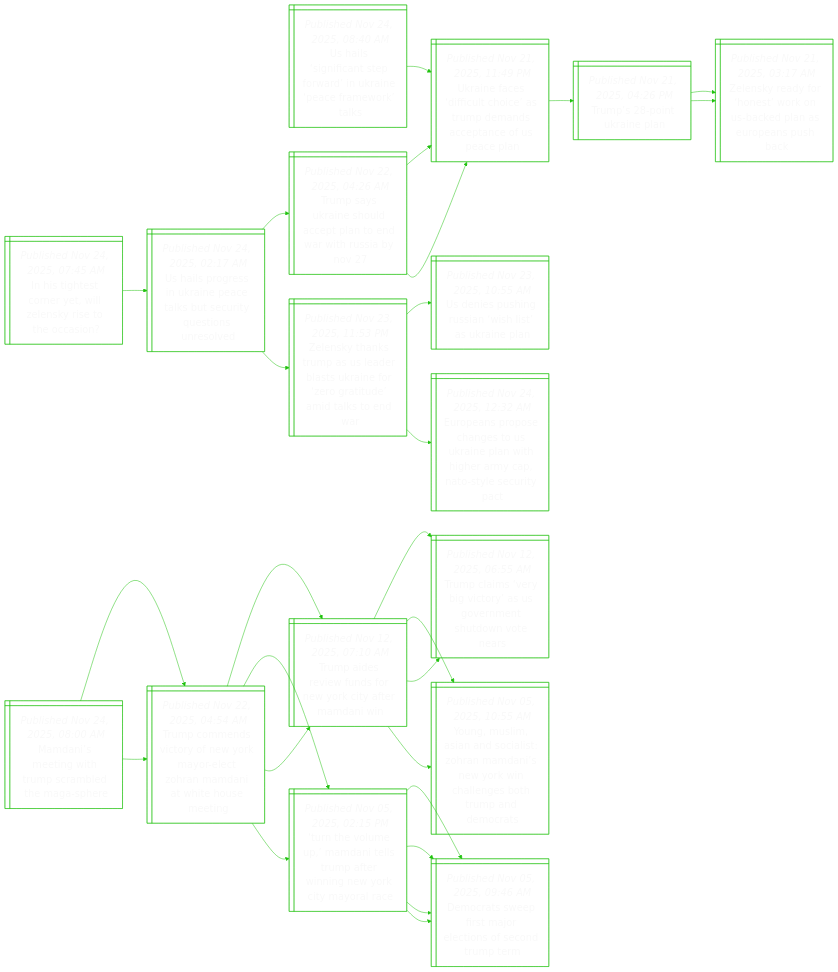
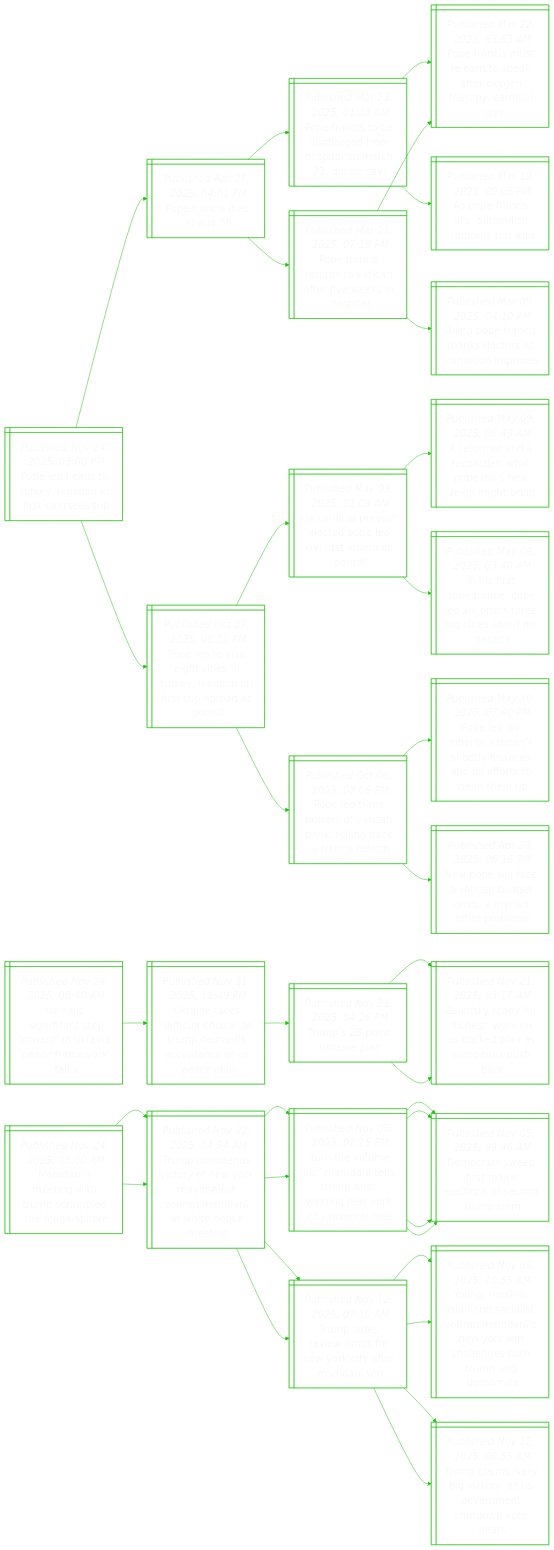
The diagram in README.md (notJmes/notJmes), drawn with Mermaid before and after one commit. The commit also changed other lines of this file, not shown here.

````diff
--- a/README.md
+++ b/README.md
@@ -15,6 +15,52 @@
 %%{init: {'theme':'base', 'themeVariables': {'primaryColor': "transparent", 'primaryTextColor': "#F9F9F9", 'lineColor': "#20C20E", 'primaryBorderColor':'#20C20E'}}}%%
 flowchart LR
 classDef txtsize font-size:20px;
+
+PeduLoivap@{ shape: win-pane, label: "_Published Nov 24, 2025, 03:00 PM_
+Pope leo heads to turkey, lebanon in first overseas trip" }
+Prsa@{ shape: win-pane, label: "_Published Apr 21, 2025, 04:01 PM_
+Pope francis dies at age 88" }
+Prsdafoaaos@{ shape: win-pane, label: "_Published Mar 23, 2025, 01:28 AM_
+Pope francis to be discharged from hospital on march 23, doctor says" }
+Prsrrpfxtpds@{ shape: win-pane, label: "_Published Mar 22, 2025, 03:53 AM_
+Pope francis must relearn to speak after oxygen therapy, cardinal says" }
+Aecllsoud@{ shape: win-pane, label: "_Published Mar 19, 2025, 09:05 PM_
+As pope francis ails, outlandish rumours run wild" }
+PrsrVaeessl@{ shape: win-pane, label: "_Published Mar 23, 2025, 07:19 PM_
+Pope francis returns to vatican after five weeks in hospital" }
+Prsrrpfxtpds@{ shape: win-pane, label: "_Published Mar 22, 2025, 03:53 AM_
+Pope francis must relearn to speak after oxygen therapy, cardinal says" }
+AgFincadno@{ shape: win-pane, label: "_Published Mar 09, 2025, 04:10 PM_
+Ailing pope francis thanks doctors as condition improves" }
+Peiiiikbospaof@{ shape: win-pane, label: "_Published Oct 27, 2025, 08:50 PM_
+Pope leo to visit eight cities in turkey, lebanon on first trip abroad as pontiff" }
+UdPscooimat@{ shape: win-pane, label: "_Published May 09, 2025, 12:09 AM_
+Us cardinal prevost elected pope leo xiv, first american pontiff" }
+Arnclaenigi@{ shape: win-pane, label: "_Published May 09, 2025, 06:49 AM_
+A reformer and a reconciler: what pope leo’s new reign might bring" }
+IfarPeoselbia@{ shape: win-pane, label: "_Published May 09, 2025, 03:40 AM_
+In his first appearance, pope leo xiv offers three big clues about his papacy" }
+PemeVakicarm@{ shape: win-pane, label: "_Published Oct 06, 2025, 08:06 PM_
+Pope leo trims powers of vatican bank, rolling back a francis reform" }
+Peiitsdaasrctp@{ shape: win-pane, label: "_Published May 10, 2025, 07:40 PM_
+Pope leo xiv inherits vatican’s shoddy finances and its efforts to clean them up" }
+Nplacdraaeb@{ shape: win-pane, label: "_Published Apr 28, 2025, 06:16 PM_
+New pope will face a vatican budget crisis, a myriad other problems" }
+
+PeduLoivap:::txtsize --> Prsa:::txtsize
+Prsa:::txtsize --> Prsdafoaaos:::txtsize
+Prsdafoaaos:::txtsize --> Prsrrpfxtpds:::txtsize
+Prsdafoaaos:::txtsize --> Aecllsoud:::txtsize
+Prsa:::txtsize --> PrsrVaeessl:::txtsize
+PrsrVaeessl:::txtsize --> Prsrrpfxtpds:::txtsize
+PrsrVaeessl:::txtsize --> AgFincadno:::txtsize
+PeduLoivap:::txtsize --> Peiiiikbospaof:::txtsize
+Peiiiikbospaof:::txtsize --> UdPscooimat:::txtsize
+UdPscooimat:::txtsize --> Arnclaenigi:::txtsize
+UdPscooimat:::txtsize --> IfarPeoselbia:::txtsize
+Peiiiikbospaof:::txtsize --> PemeVakicarm:::txtsize
+PemeVakicarm:::txtsize --> Peiitsdaasrctp:::txtsize
+PemeVakicarm:::txtsize --> Nplacdraaeb:::txtsize
 
 Ulnaewniaark@{ shape: win-pane, label: "_Published Nov 24, 2025, 08:40 AM_
 Us hails ‘significant step forward’ in ukraine ‘peace framework’ talks" }
@@ -78,29 +124,4 @@
 TarwsekaMn:::txtsize --> YMmnoihaiYilehpea:::txtsize
 TarwsekaMn:::txtsize --> Tcsbcaomhwes:::txtsize
 
-Iterelnitcn@{ shape: win-pane, label: "_Published Nov 24, 2025, 07:45 AM_
-In his tightest corner yet, will zelensky rise to the occasion?" }
-Ulgiaeauuqinl@{ shape: win-pane, label: "_Published Nov 24, 2025, 02:17 AM_
-Us hails progress in ukraine peace talks but security questions unresolved" }
-ZsarsalUnzruikn@{ shape: win-pane, label: "_Published Nov 23, 2025, 11:53 PM_
-Zelensky thanks trump as us leader blasts ukraine for ‘zero gratitude’ amid talks to end war" }
-EeregUalthmNtett@{ shape: win-pane, label: "_Published Nov 24, 2025, 12:32 AM_
-Europeans propose changes to us ukraine plan with higher army cap, nato-style security pact" }
-UisRahaal@{ shape: win-pane, label: "_Published Nov 23, 2025, 10:55 AM_
-Us denies pushing russian ‘wish list’ as ukraine plan" }
-Tskeleanwub@{ shape: win-pane, label: "_Published Nov 22, 2025, 04:26 AM_
-Trump says ukraine should accept plan to end war with russia by nov 27" }
-Uneftcrespepp@{ shape: win-pane, label: "_Published Nov 21, 2025, 11:49 PM_
-Ukraine faces ‘difficult choice’ as trump demands acceptance of us peace plan" }
-Uneftcrespepp@{ shape: win-pane, label: "_Published Nov 21, 2025, 11:49 PM_
-Ukraine faces ‘difficult choice’ as trump demands acceptance of us peace plan" }
-
-Iterelnitcn:::txtsize --> Ulgiaeauuqinl:::txtsize
-Ulgiaeauuqinl:::txtsize --> ZsarsalUnzruikn:::txtsize
-ZsarsalUnzruikn:::txtsize --> EeregUalthmNtett:::txtsize
-ZsarsalUnzruikn:::txtsize --> UisRahaal:::txtsize
-Ulgiaeauuqinl:::txtsize --> Tskeleanwub:::txtsize
-Tskeleanwub:::txtsize --> Uneftcrespepp:::txtsize
-Tskeleanwub:::txtsize --> Uneftcrespepp:::txtsize
-
 ```
````
